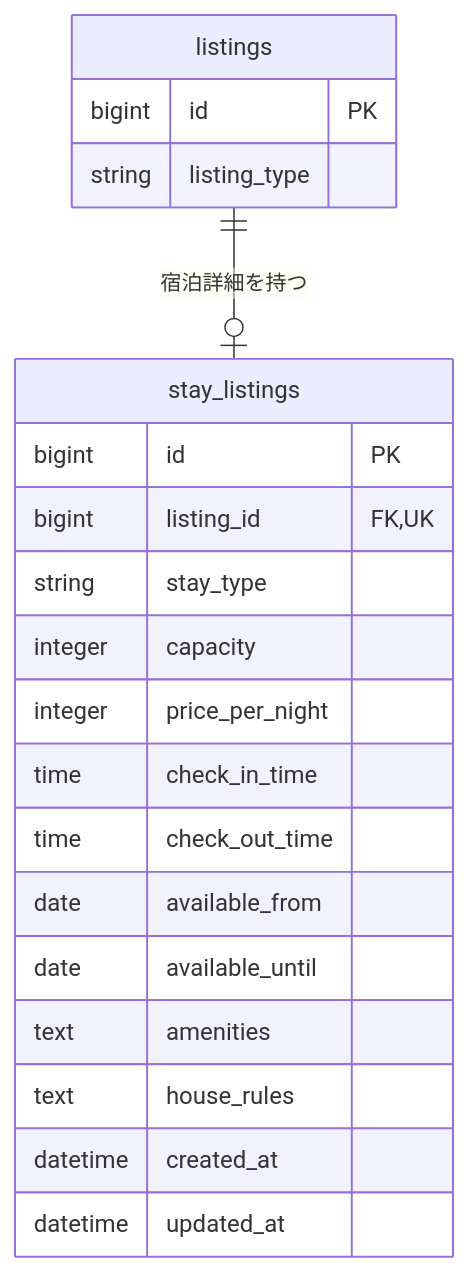
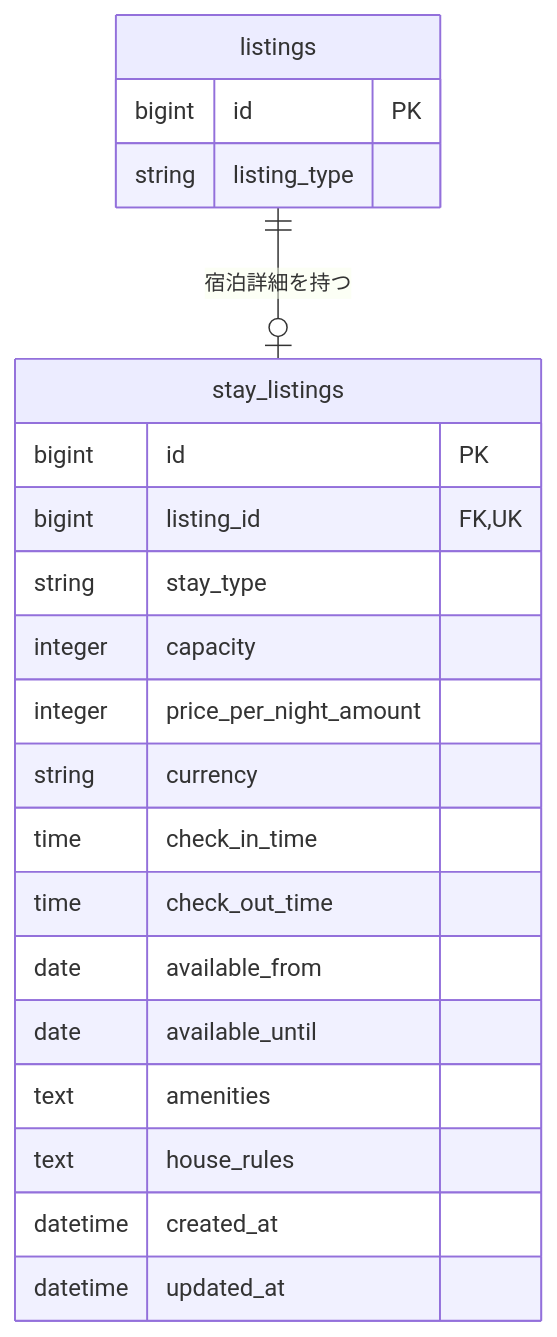
The fifth of 8 diagrams in docs/er/01-listing.md (t0kio2/community-hub), drawn with Mermaid before and after one commit. The commit also changed other lines of this file and 1 other file, not shown here.

Commit message:
料金・税について

````diff
--- a/docs/er/01-listing.md
+++ b/docs/er/01-listing.md
@@ -180,25 +180,26 @@
 ```mermaid
 erDiagram
     listings {
         bigint id PK
         string listing_type
     }
 
     stay_listings {
         bigint id PK
         bigint listing_id FK, UK
         string stay_type
         integer capacity
-        integer price_per_night
+        integer price_per_night_amount
+        string currency
         time check_in_time
         time check_out_time
         date available_from
         date available_until
         text amenities
         text house_rules
         datetime created_at
         datetime updated_at
     }
 
     listings ||--o| stay_listings : "宿泊詳細を持つ"
 ```
````
